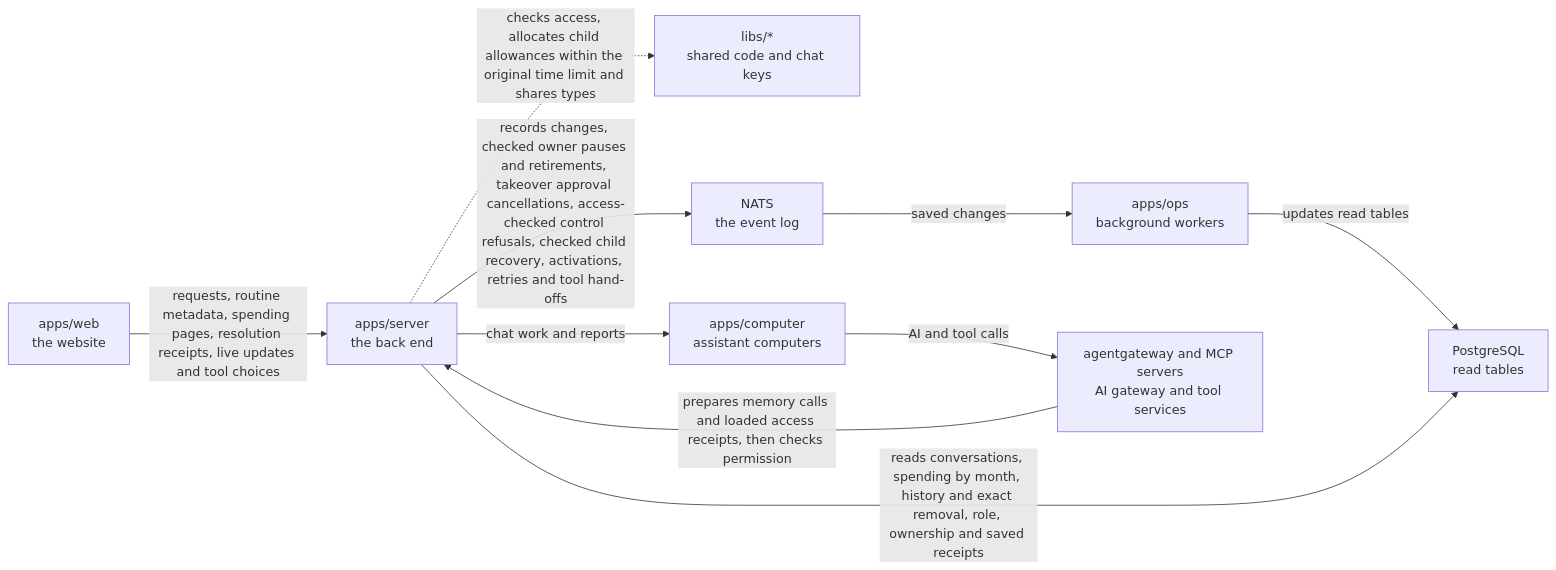
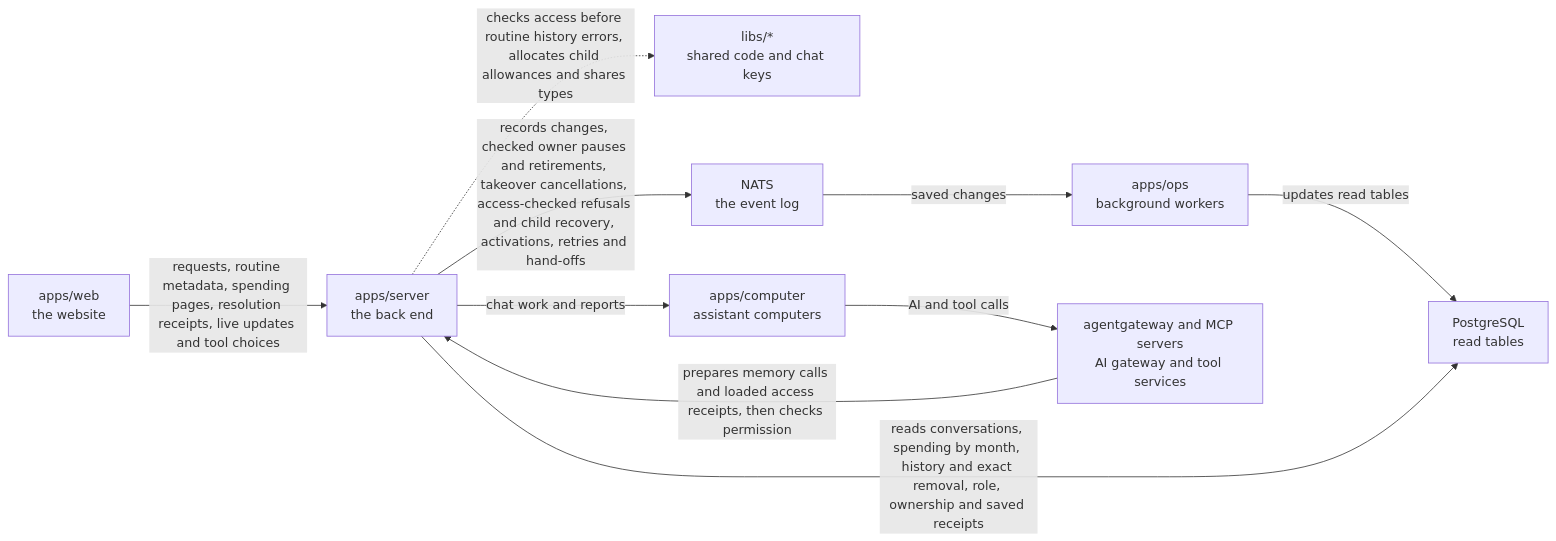
The diagram in apps/server/README.md (elewa-git/opencrane-new), drawn with Mermaid before and after one commit. The commit also changed 6 other files, not shown here.

````diff
--- a/apps/server/README.md
+++ b/apps/server/README.md
@@ -50,12 +50,12 @@
 ```mermaid
 flowchart LR
   web["apps/web<br/>the website"] -->|requests, routine metadata, spending pages, resolution receipts, live updates and tool choices| server["apps/server<br/>the back end"]
-  server -.->|checks access, allocates child allowances within the original time limit and shares types| libs["libs/*<br/>shared code and chat keys"]
-  server -->|records changes, checked owner pauses and retirements, takeover approval cancellations, access-checked control refusals, checked child recovery, activations, retries and tool hand-offs| nats["NATS<br/>the event log"]
+  server -.->|checks access before routine history errors, allocates child allowances and shares types| libs["libs/*<br/>shared code and chat keys"]
+  server -->|records changes, checked owner pauses and retirements, takeover cancellations, access-checked refusals and child recovery, activations, retries and hand-offs| nats["NATS<br/>the event log"]
   nats -->|saved changes| ops["apps/ops<br/>background workers"]
   ops -->|updates read tables| postgres["PostgreSQL<br/>read tables"]
   server -->|reads conversations, spending by month, history and exact removal, role, ownership and saved receipts| postgres
   server -->|chat work and reports| computer["apps/computer<br/>assistant computers"]
   computer -->|AI and tool calls| runtime["agentgateway and MCP servers<br/>AI gateway and tool services"]
   runtime -->|prepares memory calls and loaded access receipts, then checks permission| server
 ```
````
